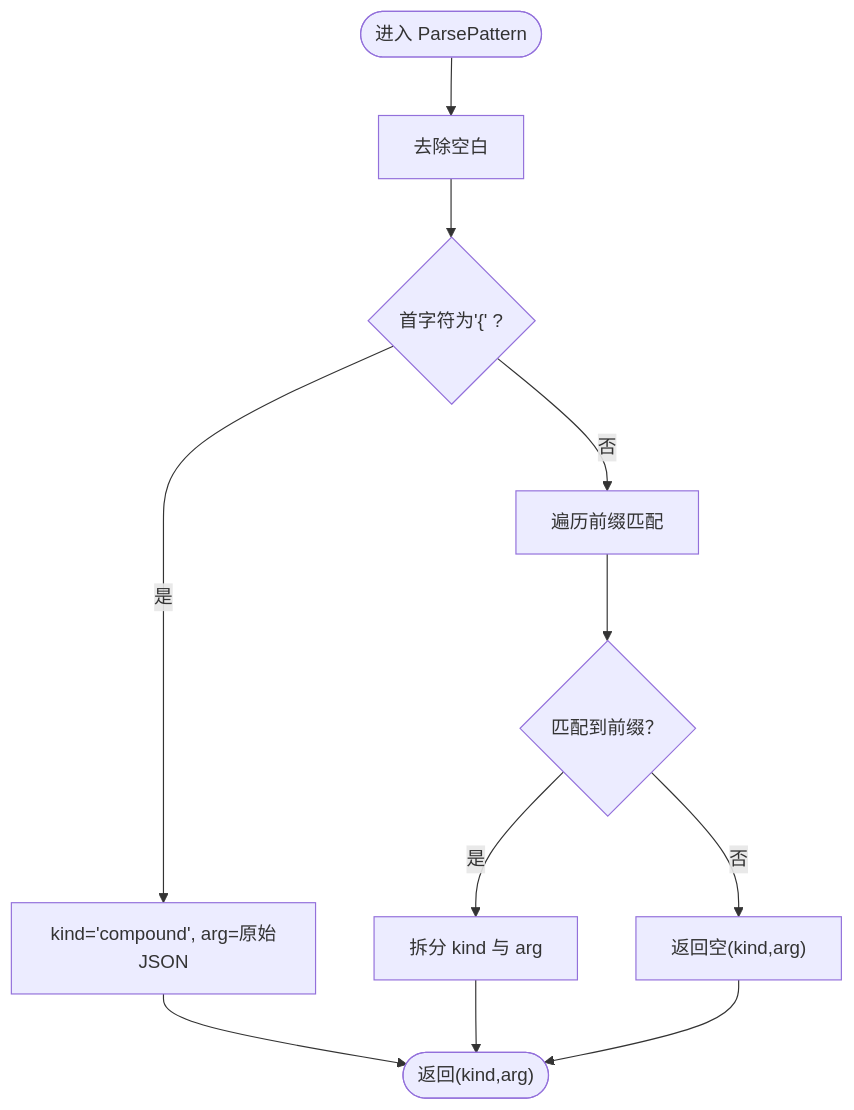
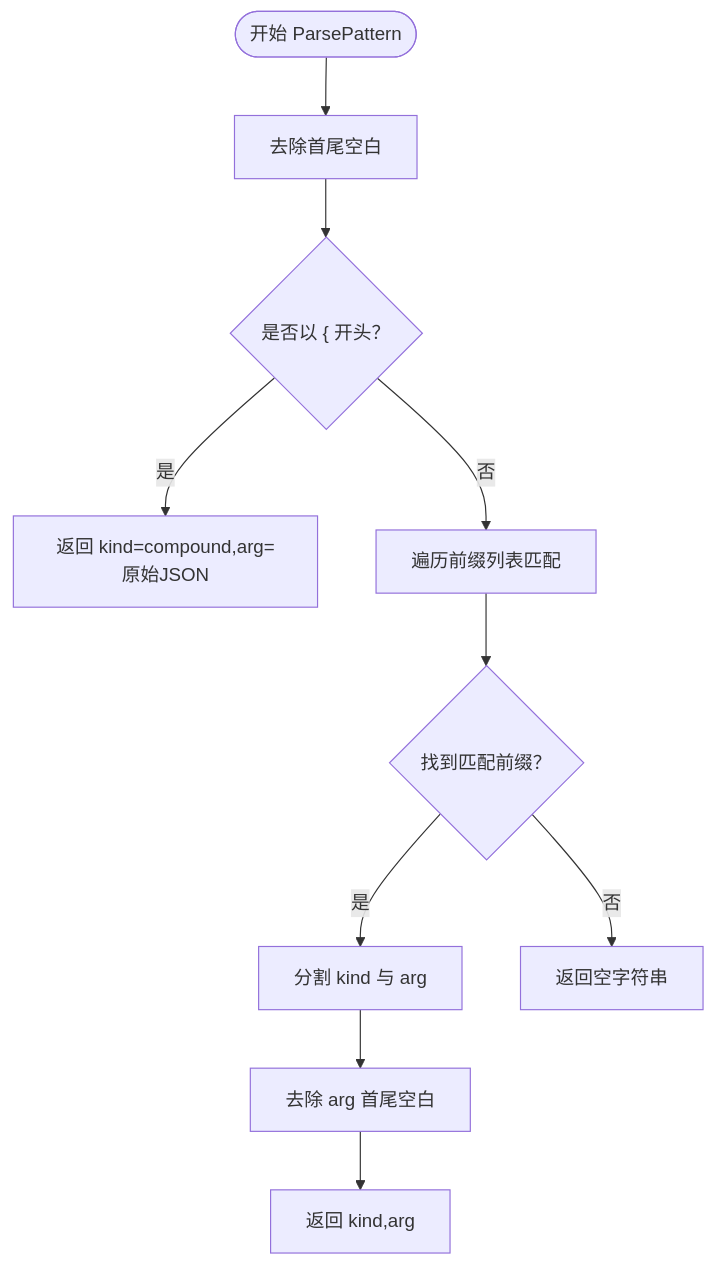
Before and after one commit to x01n/My-OpenWaf: the fourth of 9 diagrams in docs/WAF 引擎系统/规则编译器.md, drawn with Mermaid. The commit also changed other lines of this file and 199 other files, not shown here.

````diff
--- a/docs/WAF 引擎系统/规则编译器.md
+++ b/docs/WAF 引擎系统/规则编译器.md
@@ -134,13 +159,12 @@
 ```mermaid
 flowchart TD
-Start(["进入 ParsePattern"]) --> Trim["去除空白"]
-Trim --> IsJSON{"首字符为'{' ?"}
-IsJSON --> |是| ReturnCompound["kind='compound', arg=原始JSON"]
-IsJSON --> |否| CheckPrefix["遍历前缀匹配"]
-CheckPrefix --> Found{"匹配到前缀？"}
-Found --> |是| Split["拆分 kind 与 arg"]
-Found --> |否| ReturnEmpty["返回空(kind,arg)"]
-Split --> End(["返回(kind,arg)"])
-ReturnCompound --> End
-ReturnEmpty --> End
+S(["开始 ParsePattern"]) --> Trim["去除首尾空白"]
+Trim --> IsJSON{"是否以 { 开头？"}
+IsJSON --> |是| ReturnCompound["返回 kind=compound,arg=原始JSON"]
+IsJSON --> |否| CheckPrefix["遍历前缀列表匹配"]
+CheckPrefix --> Found{"找到匹配前缀？"}
+Found --> |是| Split["分割 kind 与 arg"]
+Split --> TrimArg["去除 arg 首尾空白"]
+TrimArg --> ReturnOK["返回 kind,arg"]
+Found --> |否| ReturnEmpty["返回空字符串"]
 ```
````
